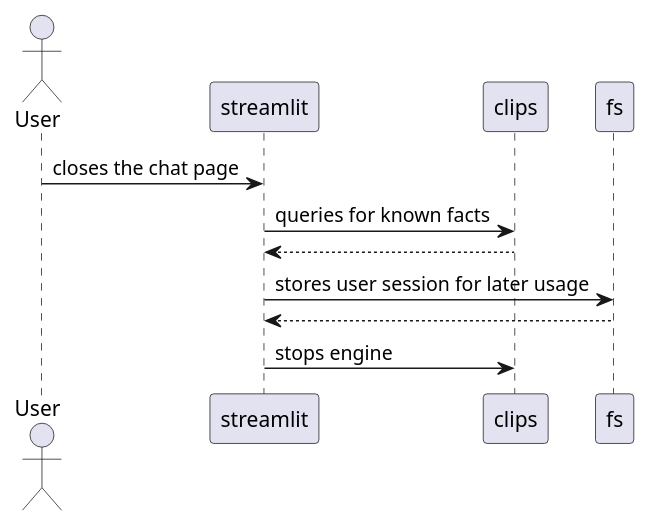
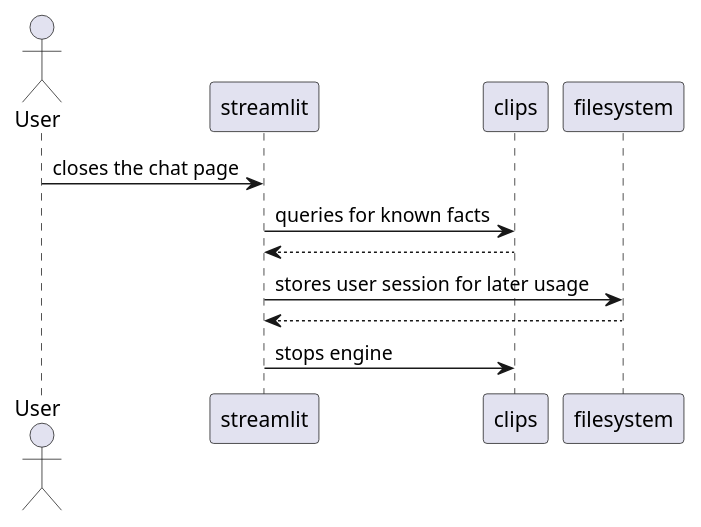
The diagram in docs/diagrams/dialogue-ends.plantuml (skorczan/pcc3-clerk), drawn with PlantUML before and after one commit. The commit also changed 3 other files, not shown here.

Commit message:
Some diagram fixes

```diff
--- a/docs/diagrams/dialogue-ends.plantuml
+++ b/docs/diagrams/dialogue-ends.plantuml
@@ -1,14 +1,14 @@
 @startuml
 actor User as user
 
 user -> streamlit : closes the chat page
 
 streamlit -> clips : queries for known facts
 streamlit <-- clips
 
-streamlit -> fs : stores user session for later usage
-fs --> streamlit
+streamlit -> filesystem : stores user session for later usage
+filesystem --> streamlit
 
 streamlit -> clips : stops engine
 
 @enduml
```
